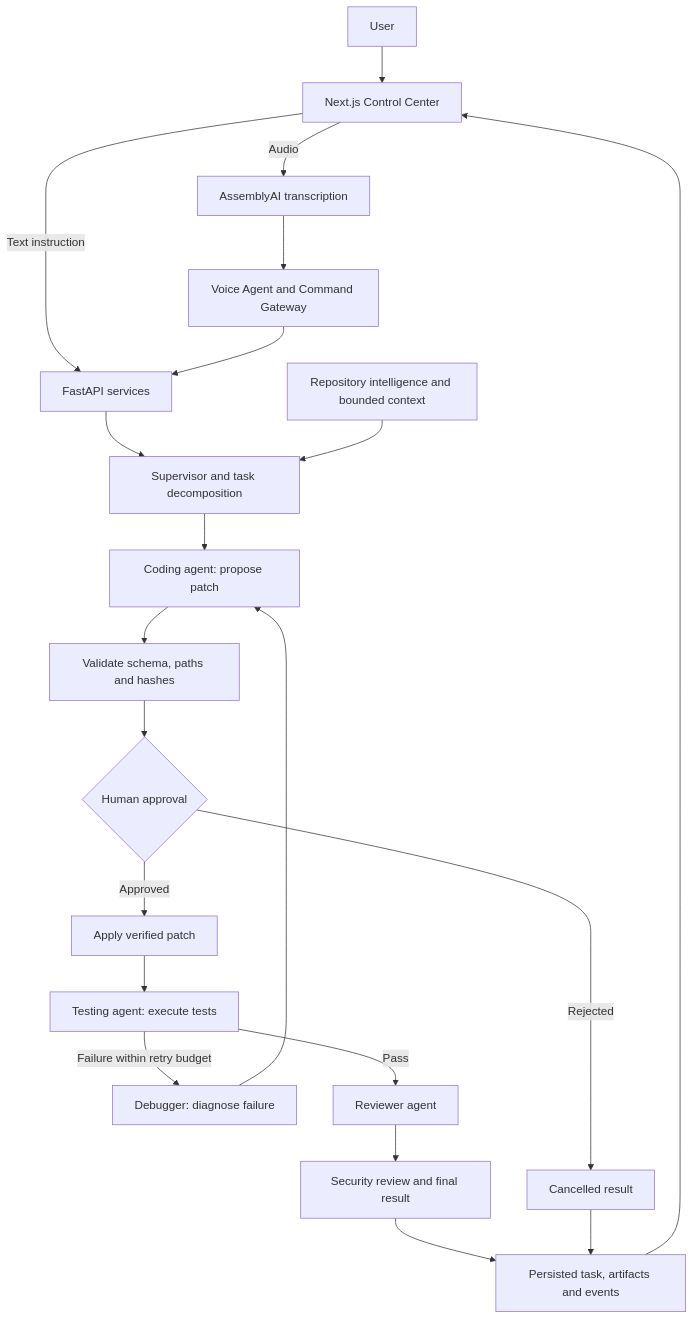
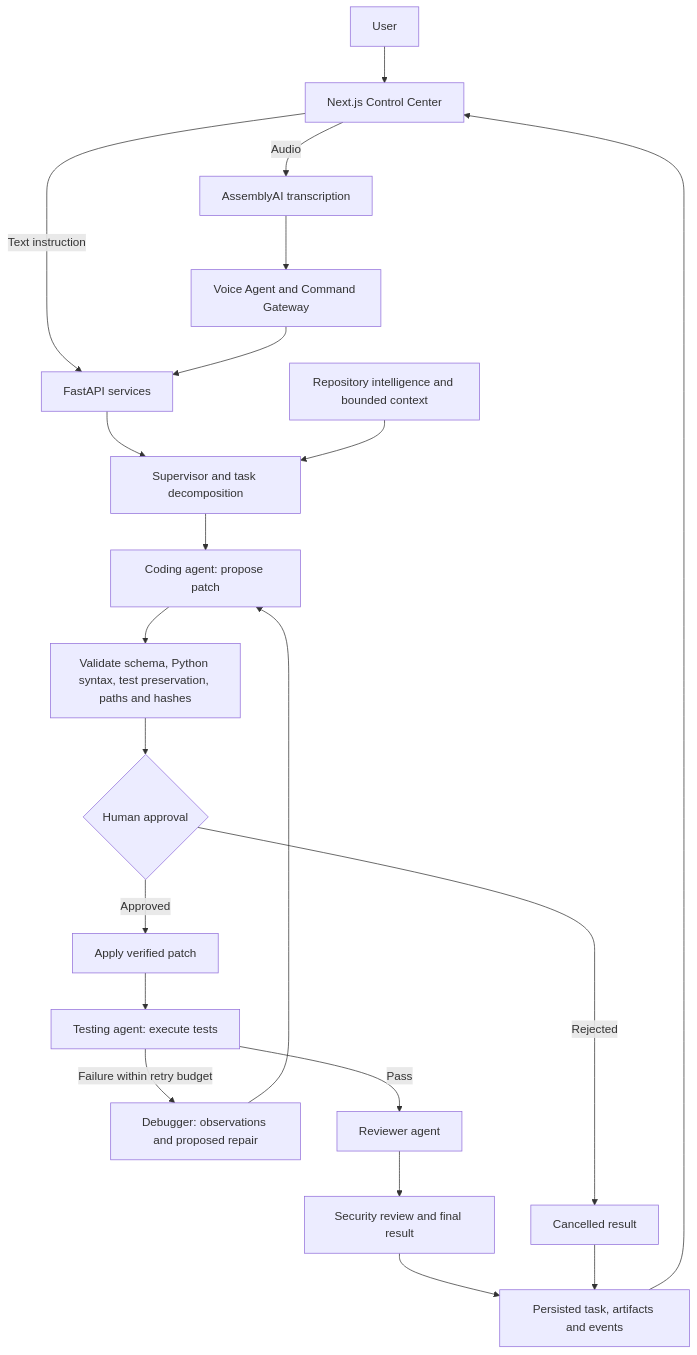
The diagram in README.md (azharali8/AgentOS), drawn with Mermaid before and after one commit. The commit also changed other lines of this file and 90 other files, not shown here.

````diff
--- a/README.md
+++ b/README.md
@@ -52,23 +52,23 @@
 ```mermaid
 flowchart TD
     U[User] --> UI[Next.js Control Center]
     UI -->|Text instruction| API[FastAPI services]
     UI -->|Audio| STT[AssemblyAI transcription]
     STT --> VOICE[Voice Agent and Command Gateway]
     VOICE --> API
     API --> SUP[Supervisor and task decomposition]
     REPO[Repository intelligence and bounded context] --> SUP
     SUP --> CODE[Coding agent: propose patch]
-    CODE --> VALIDATE[Validate schema, paths and hashes]
+    CODE --> VALIDATE[Validate schema, Python syntax, test preservation, paths and hashes]
     VALIDATE --> APPROVE{Human approval}
     APPROVE -->|Approved| APPLY[Apply verified patch]
     APPROVE -->|Rejected| STOP[Cancelled result]
     APPLY --> TEST[Testing agent: execute tests]
-    TEST -->|Failure within retry budget| DEBUG[Debugger: diagnose failure]
+    TEST -->|Failure within retry budget| DEBUG[Debugger: observations and proposed repair]
     DEBUG --> CODE
     TEST -->|Pass| REVIEW[Reviewer agent]
     REVIEW --> FINAL[Security review and final result]
     FINAL --> EVENTS[Persisted task, artifacts and events]
     STOP --> EVENTS
     EVENTS --> UI
 ```
````
